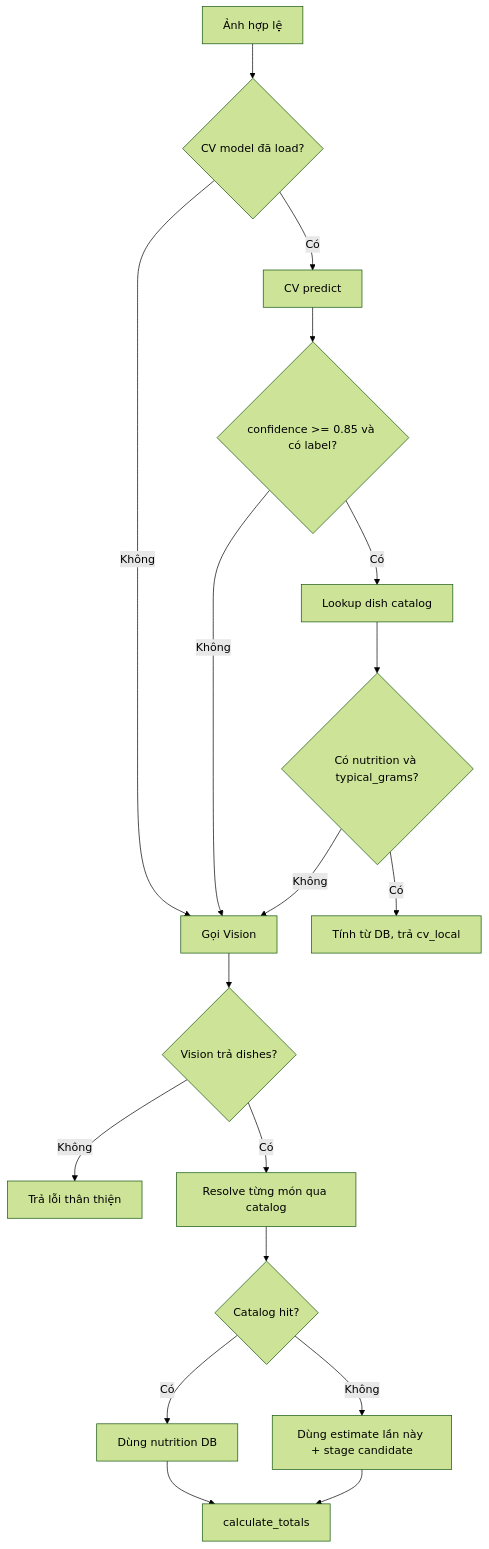
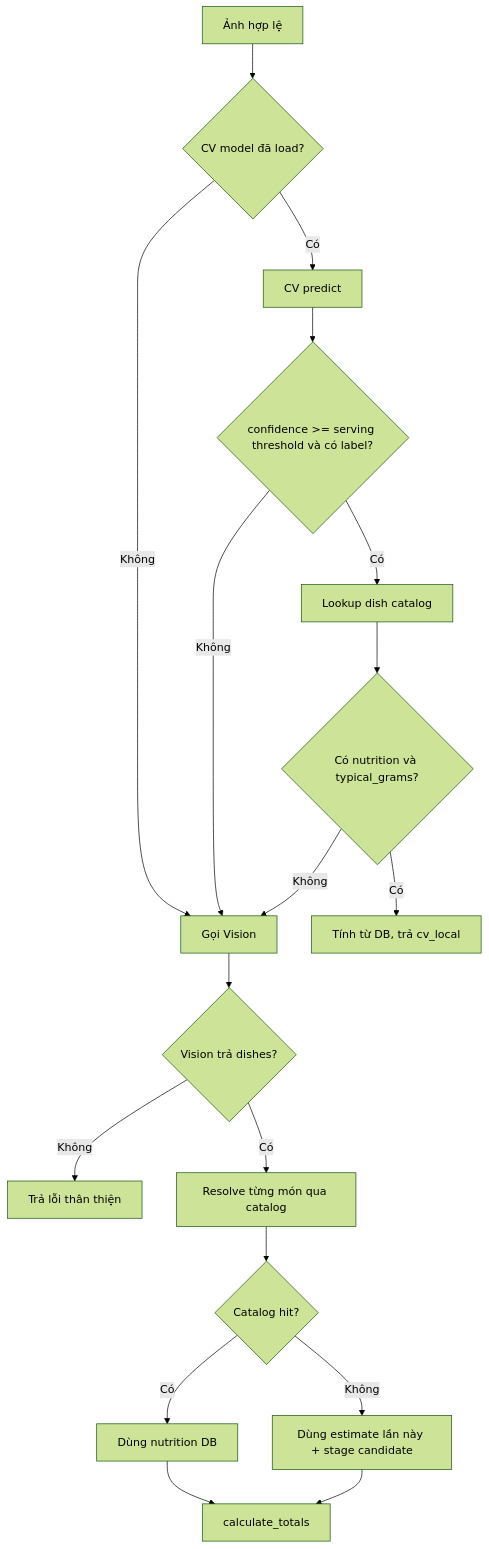
The fourth of 6 diagrams in docs/FOODAI_CODE_WALKTHROUGH_VI.md (LongFixBug/Dish-AI), drawn with Mermaid (forest theme) before and after one commit. The commit also changed other lines of this file and 103 other files, not shown here.

````diff
--- a/docs/FOODAI_CODE_WALKTHROUGH_VI.md
+++ b/docs/FOODAI_CODE_WALKTHROUGH_VI.md
@@ -531,20 +595,20 @@
 ```mermaid
 flowchart TD
     A["Ảnh hợp lệ"] --> B{"CV model đã load?"}
     B -->|"Không"| V["Gọi Vision"]
     B -->|"Có"| C["CV predict"]
-    C --> D{"confidence >= 0.85 và có label?"}
+    C --> D{"confidence >= serving threshold và có label?"}
     D -->|"Không"| V
     D -->|"Có"| E["Lookup dish catalog"]
     E --> F{"Có nutrition và typical_grams?"}
     F -->|"Có"| R["Tính từ DB, trả cv_local"]
     F -->|"Không"| V
     V --> G{"Vision trả dishes?"}
     G -->|"Không"| X["Trả lỗi thân thiện"]
     G -->|"Có"| H["Resolve từng món qua catalog"]
     H --> I{"Catalog hit?"}
     I -->|"Có"| J["Dùng nutrition DB"]
     I -->|"Không"| K["Dùng estimate lần này + stage candidate"]
     J --> T["calculate_totals"]
     K --> T
 ```
````
